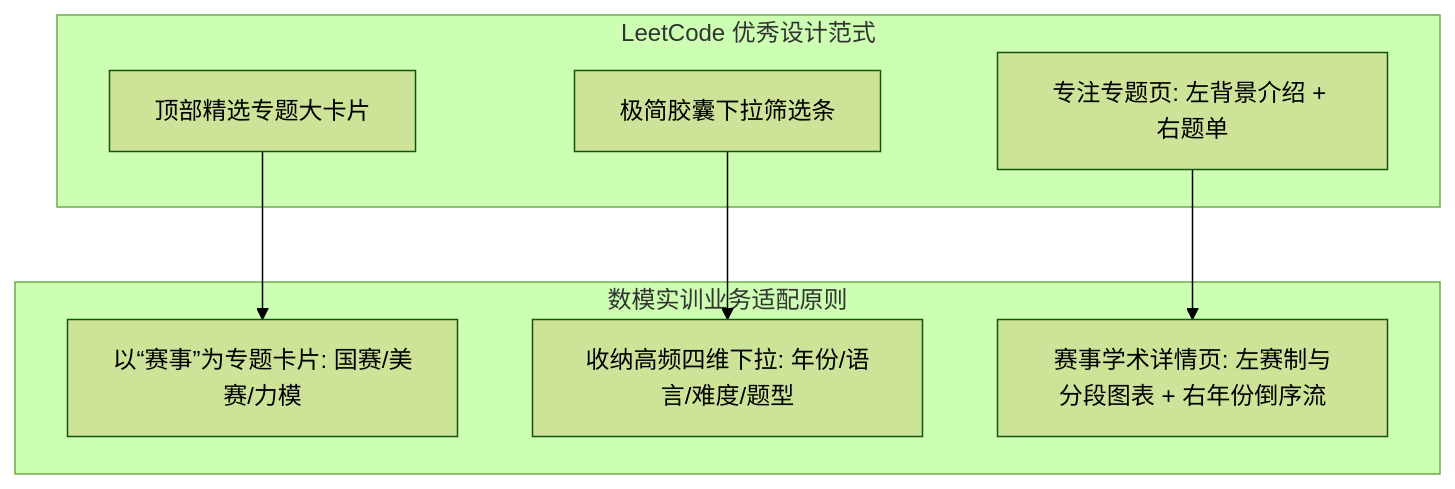
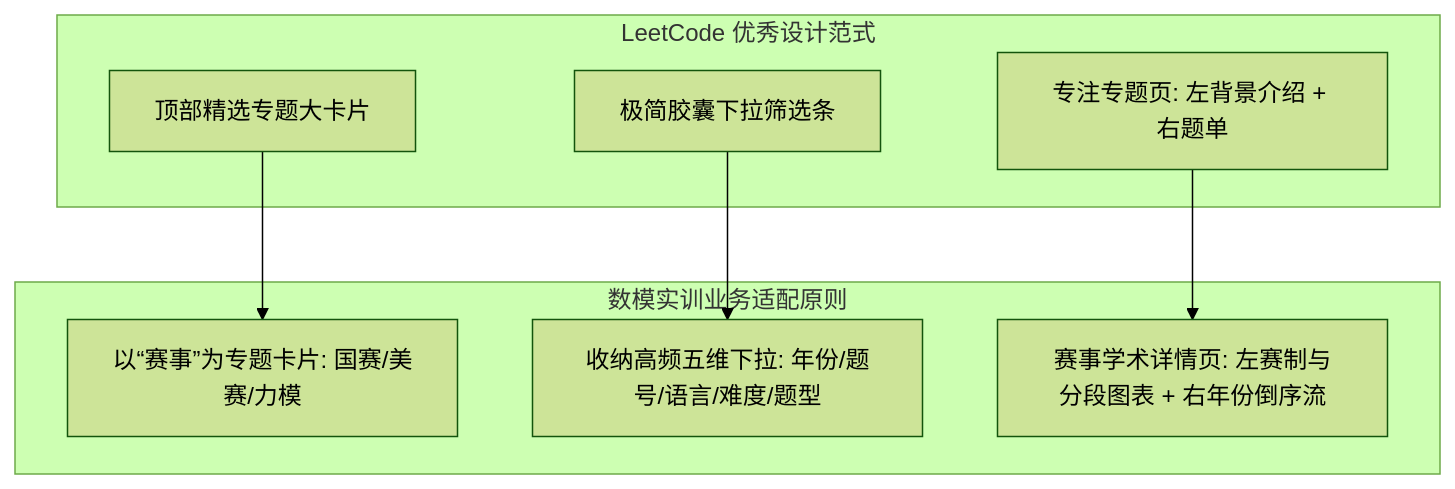
One commit to Dorian7Alden/LeetModel changed the first of 3 diagrams in docs/project/04-前端设计/05-题库重构设计.md. Above: the diagram before and after it, drawn with Mermaid (forest theme). The commit also changed other lines of this file and 1 other file, not shown here.

````diff
--- a/docs/project/04-前端设计/05-题库重构设计.md
+++ b/docs/project/04-前端设计/05-题库重构设计.md
@@ -24,18 +24,18 @@
 ```mermaid
 graph TD
     subgraph LeetCode 优秀设计范式
         L1[顶部精选专题大卡片]
         L2[极简胶囊下拉筛选条]
         L3[专注专题页: 左背景介绍 + 右题单]
     end
 
     subgraph 数模实训业务适配原则
         M1[以“赛事”为专题卡片: 国赛/美赛/力模]
-        M2[收纳高频四维下拉: 年份/语言/难度/题型]
+        M2[收纳高频五维下拉: 年份/题号/语言/难度/题型]
         M3[赛事学术详情页: 左赛制与分段图表 + 右年份倒序流]
     end
 
     L1 --> M1
     L2 --> M2
     L3 --> M3
 ```
````
